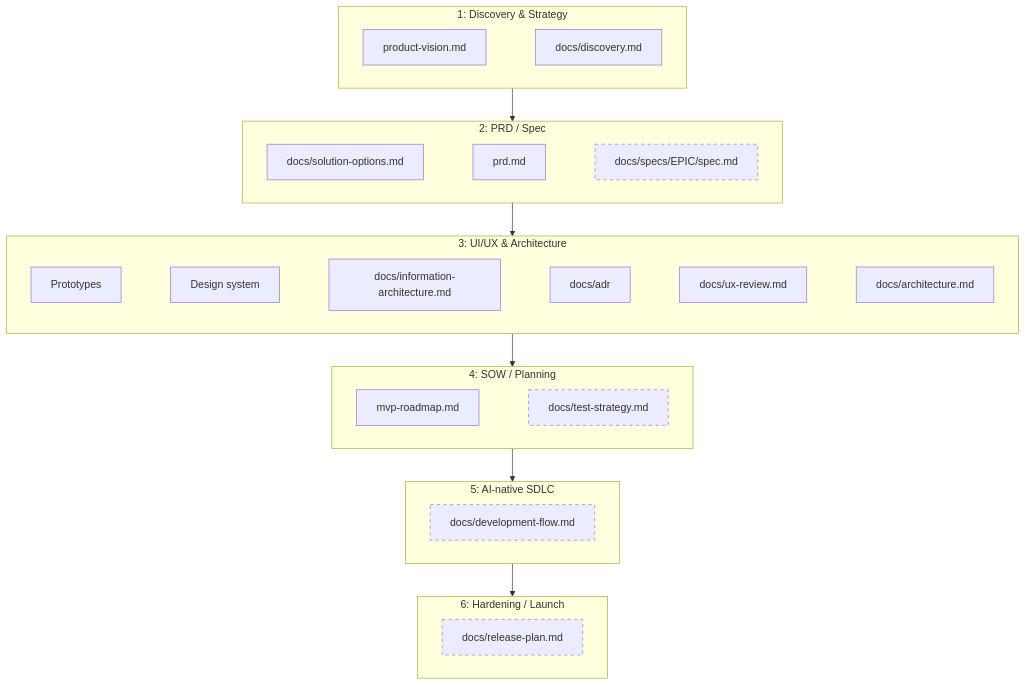
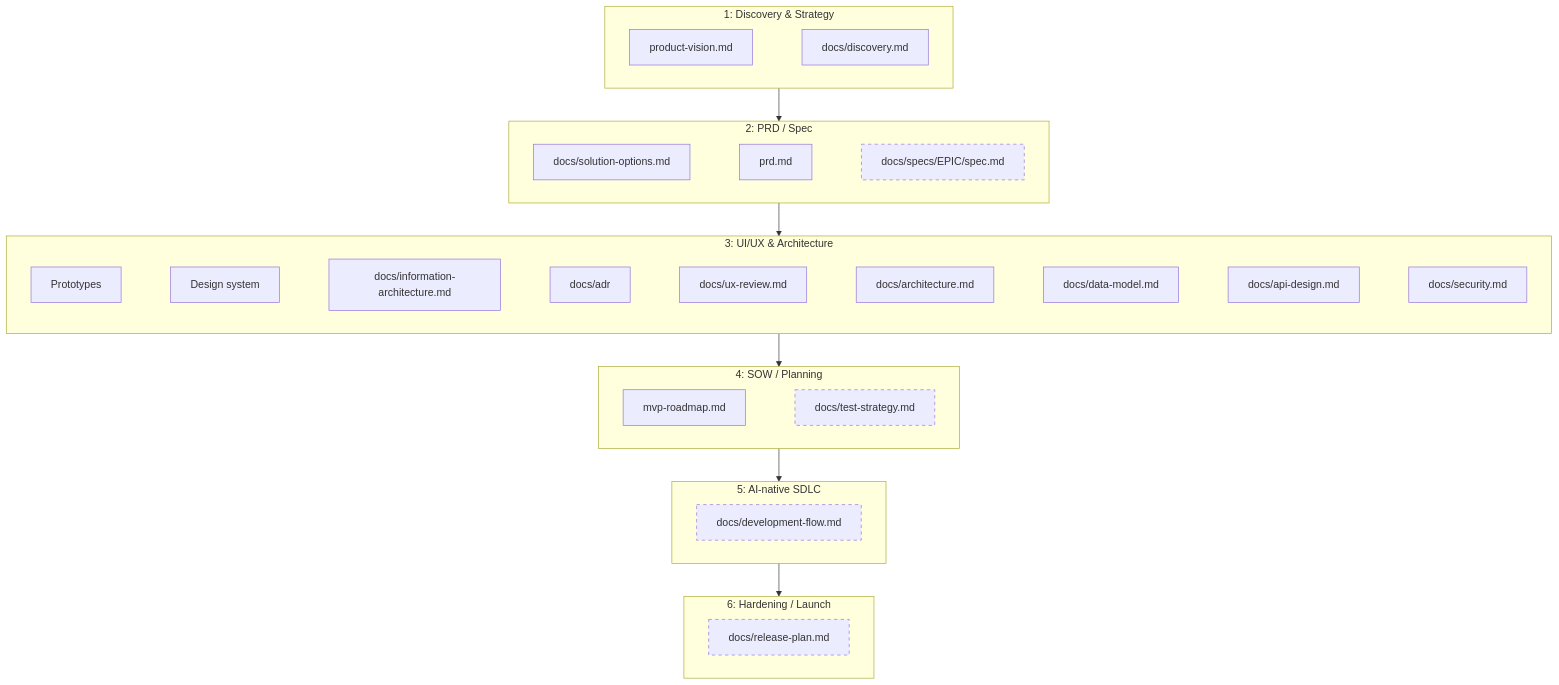
The diagram in README.md (huynguyennang-agilityio/tripmate-docs), drawn with Mermaid before and after one commit. The commit also changed other lines of this file and 6 other files, not shown here.

First line of the commit message:
architecture.md v1.1; add data-model, api-design, security v1.0

````diff
--- a/README.md
+++ b/README.md
@@ -38,29 +41,29 @@
 ```mermaid
 flowchart TB
     subgraph S1["1: Discovery & Strategy"]
         direction LR
         vision["product-vision.md"] ~~~ discovery["docs/discovery.md"]
     end
     subgraph S2["2: PRD / Spec"]
         direction LR
         options["docs/solution-options.md"] ~~~ prd["prd.md"] ~~~ specs["docs/specs/EPIC/spec.md"]:::planned
     end
     subgraph S3["3: UI/UX & Architecture"]
         direction LR
-        proto["Prototypes"] ~~~ ds["Design system"] ~~~ ia["docs/information-architecture.md"] ~~~ adr["docs/adr"] ~~~ ux["docs/ux-review.md"] ~~~ arch["docs/architecture.md"]
+        proto["Prototypes"] ~~~ ds["Design system"] ~~~ ia["docs/information-architecture.md"] ~~~ adr["docs/adr"] ~~~ ux["docs/ux-review.md"] ~~~ arch["docs/architecture.md"] ~~~ dm["docs/data-model.md"] ~~~ api["docs/api-design.md"] ~~~ sec["docs/security.md"]
     end
     subgraph S4["4: SOW / Planning"]
         direction LR
         roadmap["mvp-roadmap.md"] ~~~ test["docs/test-strategy.md"]:::planned
     end
     subgraph S5["5: AI-native SDLC"]
         direction LR
         dev["docs/development-flow.md"]:::planned
     end
     subgraph S6["6: Hardening / Launch"]
         direction LR
         rel["docs/release-plan.md"]:::planned
     end
     S1 --> S2 --> S3 --> S4 --> S5 --> S6
     classDef planned stroke-dasharray: 5 5
 ```
````
